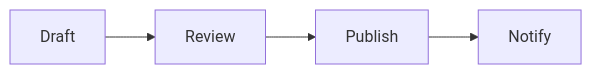
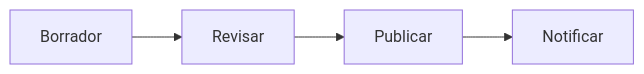
Diagram 11 of 13 in docs/PROCESS-MAPS.md (antoniojesusdelgado/management-platform-demo), drawn with Mermaid before and after one commit. The commit also changed other lines of this file and 63 other files, not shown here.

````diff
--- a/docs/PROCESS-MAPS.md
+++ b/docs/PROCESS-MAPS.md
@@ -126,4 +126,4 @@
 ```mermaid
 flowchart LR
-  Draft --> Review --> Publish --> Notify
+  Borrador --> Revisar --> Publicar --> Notificar
 ```
````
